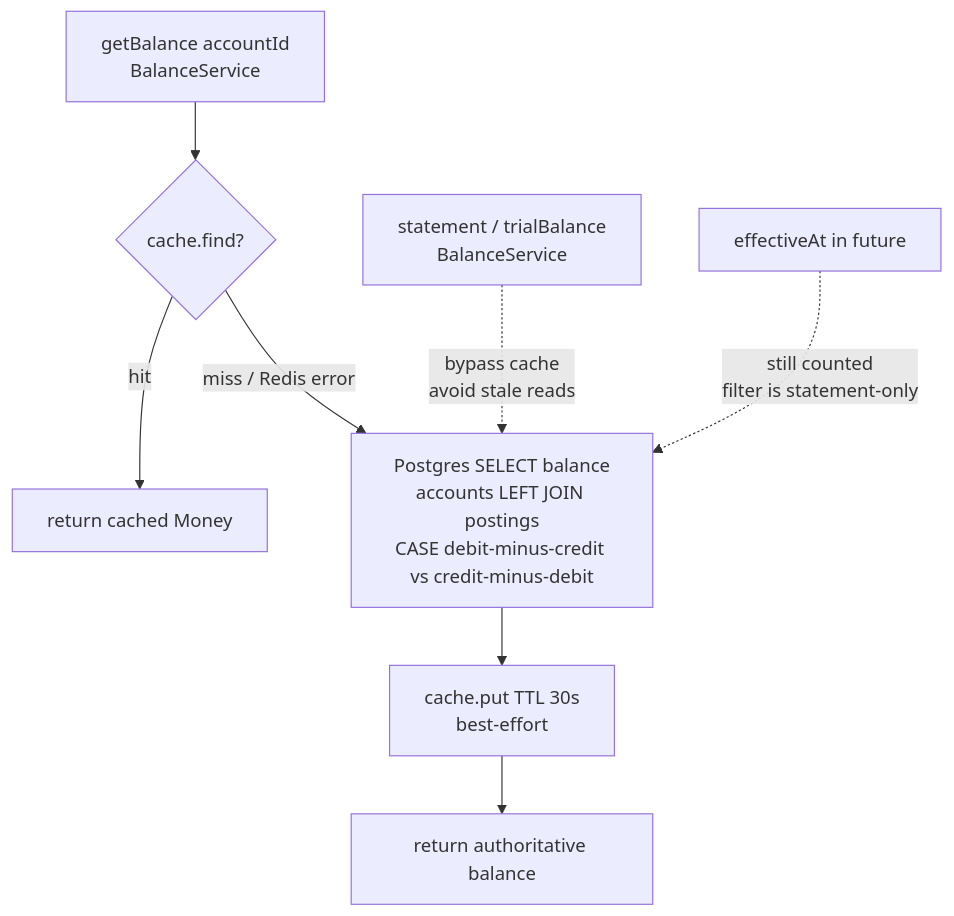
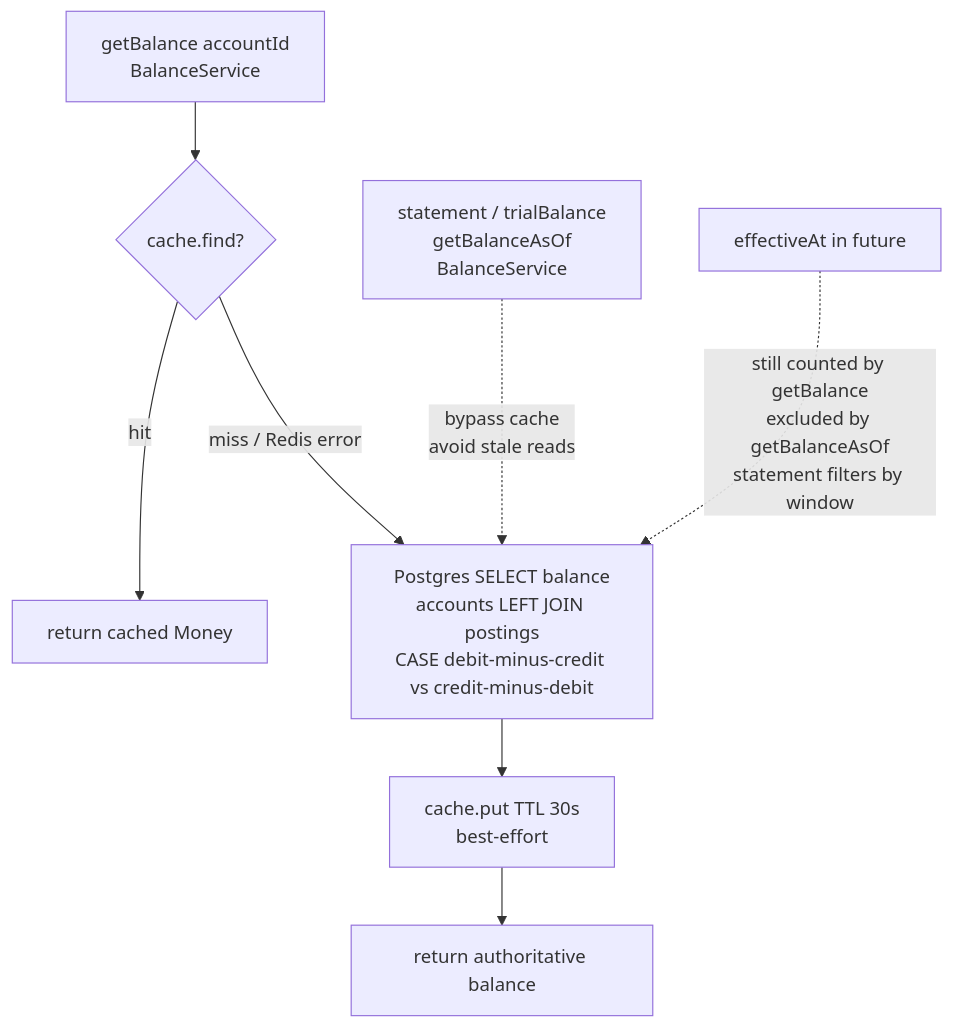
One commit to N2Banking/N2BankCore changed the fourth of 4 diagrams in docs/ARCHITECTURE.md. Above: the diagram before and after it, drawn with Mermaid. The commit also changed other lines of this file and 37 other files, not shown here.

````diff
--- a/docs/ARCHITECTURE.md
+++ b/docs/ARCHITECTURE.md
@@ -144,10 +144,10 @@
 ```mermaid
 flowchart TD
     A["getBalance accountId<br/>BalanceService"] --> B{"cache.find?"}
     B -- "hit" --> C["return cached Money"]
     B -- "miss / Redis error" --> D["Postgres SELECT balance<br/>accounts LEFT JOIN postings<br/>CASE debit-minus-credit vs credit-minus-debit"]
     D --> E["cache.put TTL 30s<br/>best-effort"]
     E --> F["return authoritative balance"]
-    G["statement / trialBalance<br/>BalanceService"] -. "bypass cache<br/>avoid stale reads" .-> D
-    H["effectiveAt in future"] -. "still counted<br/>filter is statement-only" .-> D
+    G["statement / trialBalance<br/>getBalanceAsOf<br/>BalanceService"] -. "bypass cache<br/>avoid stale reads" .-> D
+    H["effectiveAt in future"] -. "still counted by getBalance<br/>excluded by getBalanceAsOf<br/>statement filters by window" .-> D
 ```
````
